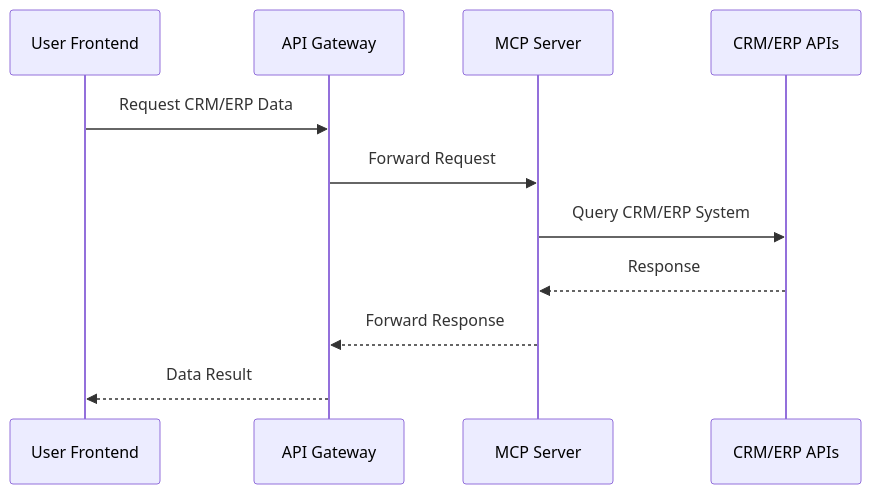
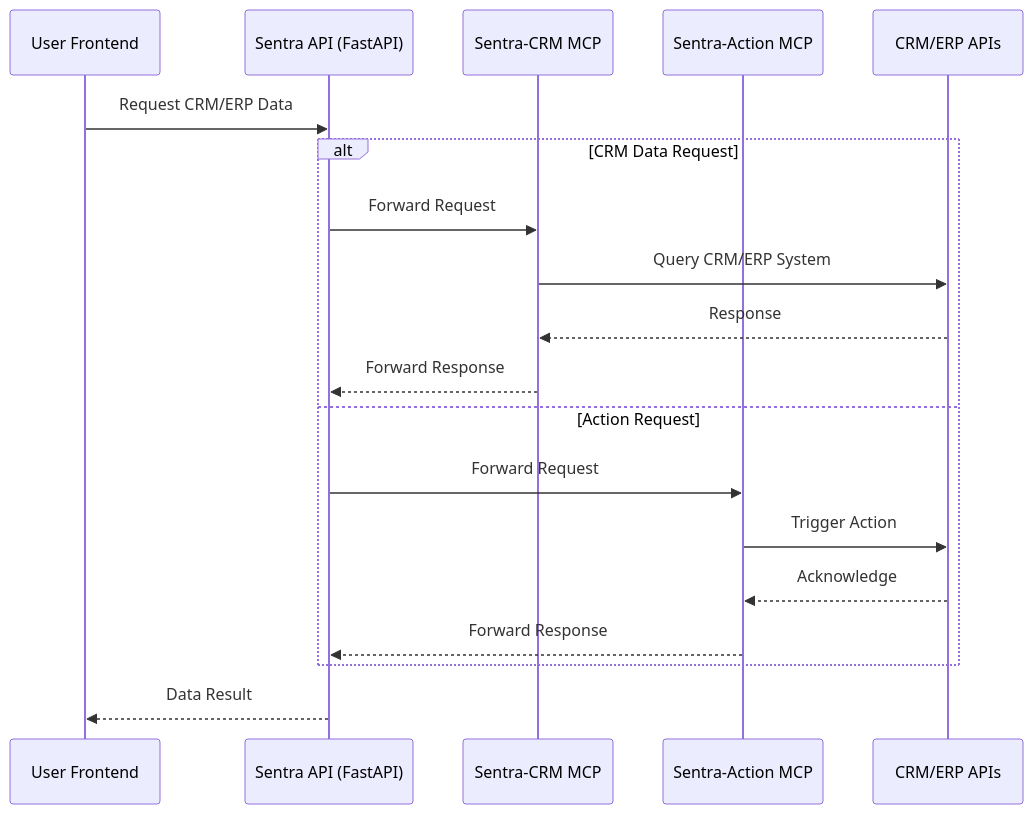
One commit to Sentra-Brain/sentra-platform changed the third of 4 diagrams in docs/arc42/06_runtime_view.md. Above: the diagram before and after it, drawn with Mermaid. The commit also changed other lines of this file and 2 other files, not shown here.

Commit message:
Refine architecture documentation: update solution strategy and building block views for clarity and detail, including enhanced descriptions of MCP servers and API interactions.

````diff
--- a/docs/arc42/06_runtime_view.md
+++ b/docs/arc42/06_runtime_view.md
@@ -119,14 +121,23 @@
 ```mermaid
 sequenceDiagram
     participant User as User Frontend
-    participant API as API Gateway
-    participant MCP as MCP Server
+    participant API as Sentra API (FastAPI)
+    participant MCP_CRM as Sentra-CRM MCP
+    participant MCP_Action as Sentra-Action MCP
     participant CRM as CRM/ERP APIs
 
     User->>API: Request CRM/ERP Data
-    API->>MCP: Forward Request
-    MCP->>CRM: Query CRM/ERP System
-    CRM-->>MCP: Response
-    MCP-->>API: Forward Response
+    alt CRM Data Request
+        API->>MCP_CRM: Forward Request
+        MCP_CRM->>CRM: Query CRM/ERP System
+        CRM-->>MCP_CRM: Response
+        MCP_CRM-->>API: Forward Response
+    else Action Request
+        API->>MCP_Action: Forward Request
+        MCP_Action->>CRM: Trigger Action
+        CRM-->>MCP_Action: Acknowledge
+        MCP_Action-->>API: Forward Response
+    end
     API-->>User: Data Result
+
 ```
````
